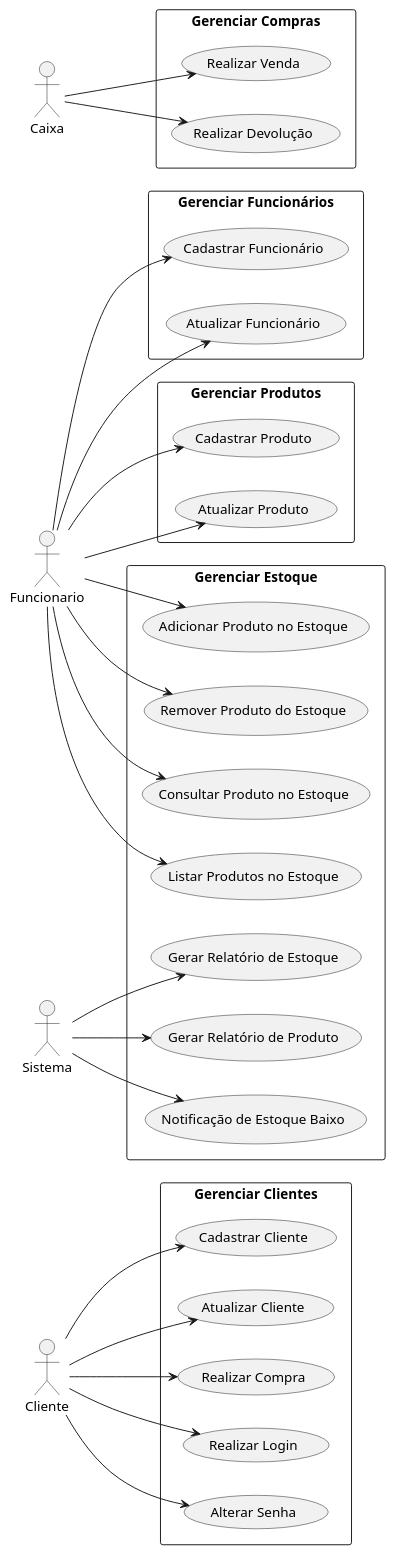
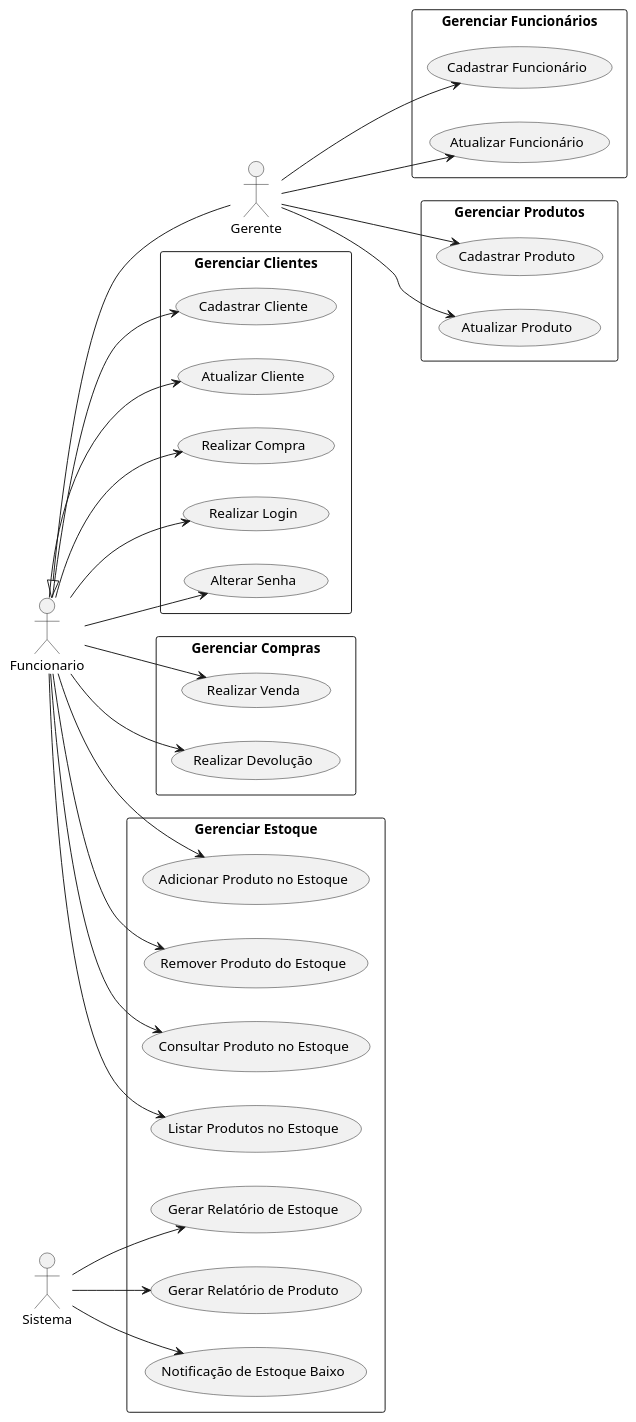
The diagram in diagrama_caso_uso.iuml (jeffersonbg/Farmacia), drawn with PlantUML before and after one commit.

Commit message:
Alteracao do diagrama de caso de uso

```diff
--- a/diagrama_caso_uso.iuml
+++ b/diagrama_caso_uso.iuml
@@ -1,43 +1,44 @@
 @startuml farmacia_use_case
 
 left to right direction
 
-actor Cliente as c
 actor Funcionario as f
-actor Caixa as cx
 actor Sistema as s
+actor Gerente as g
 
 rectangle "Gerenciar Clientes" {
-  c --> (Cadastrar Cliente)
-  c --> (Atualizar Cliente)
-  c --> (Realizar Compra)
-  c --> (Realizar Login)
-  c --> (Alterar Senha)
+  f --> (Cadastrar Cliente)
+  f --> (Atualizar Cliente)
+  f --> (Realizar Compra)
+  f --> (Realizar Login)
+  f --> (Alterar Senha)
 }
 
 rectangle "Gerenciar Funcionários" {
-  f --> (Cadastrar Funcionário)
-  f --> (Atualizar Funcionário)
+  g --> (Cadastrar Funcionário)
+  g --> (Atualizar Funcionário)
 }
 
 rectangle "Gerenciar Compras" {
-  cx --> (Realizar Venda)
-  cx --> (Realizar Devolução)
+  f --> (Realizar Venda)
+  f --> (Realizar Devolução)
 }
 
 rectangle "Gerenciar Estoque" {
   f --> (Adicionar Produto no Estoque)
   f --> (Remover Produto do Estoque)
   f --> (Consultar Produto no Estoque)
   f --> (Listar Produtos no Estoque)
   s --> (Gerar Relatório de Estoque)
   s --> (Gerar Relatório de Produto)
   s --> (Notificação de Estoque Baixo)
 }
 
 rectangle "Gerenciar Produtos" {
-  f --> (Cadastrar Produto)
-  f --> (Atualizar Produto)
+  g --> (Cadastrar Produto)
+  g --> (Atualizar Produto)
 }
 
+f <|-- g
+
 @enduml
```
